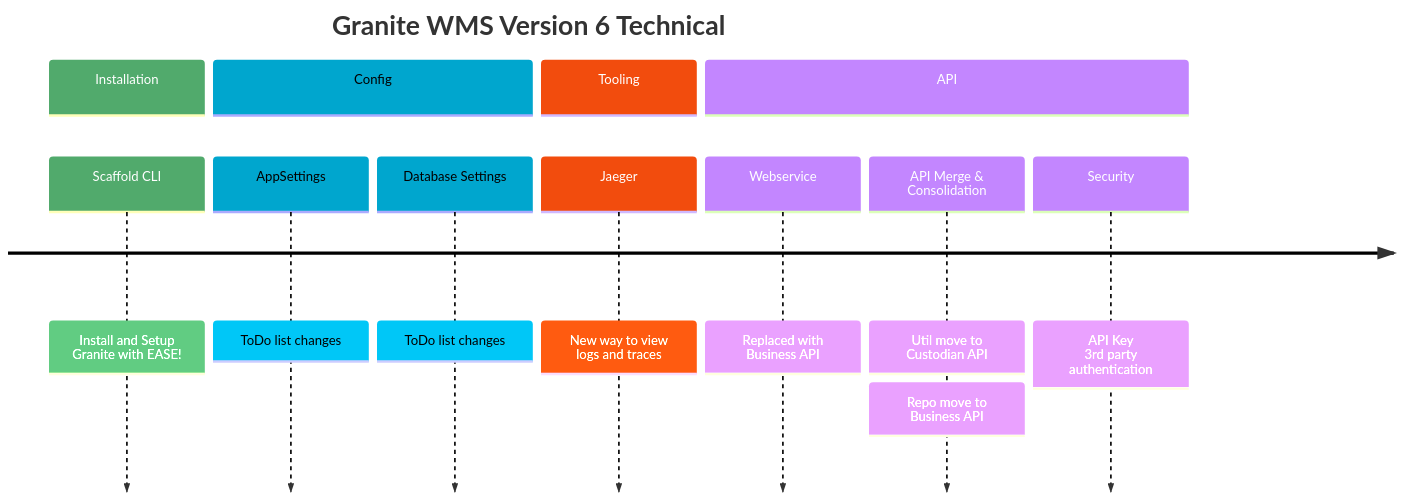
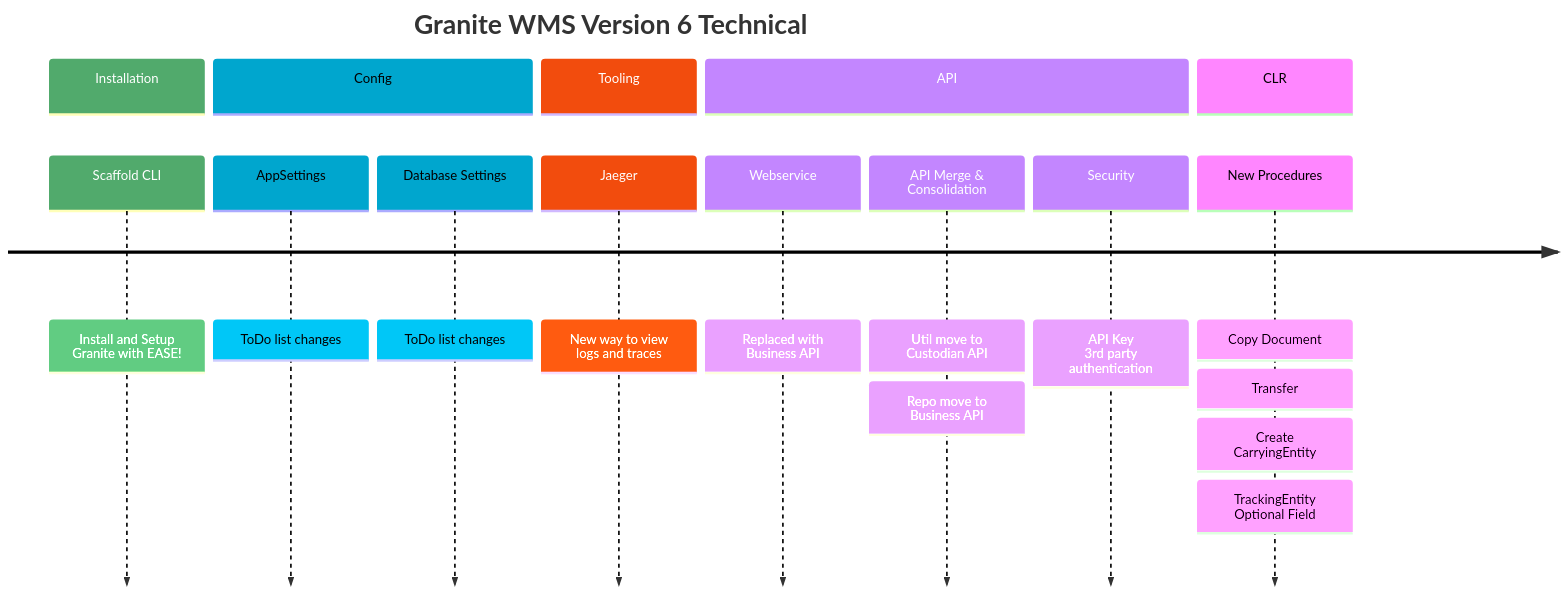
The third of 3 diagrams in docs/updates/V6/cheatsheet.md (GraniteWMS/GraniteDocs), drawn with Mermaid before and after one commit.

Commit message:
maint: changes to cheat sheet

````diff
--- a/docs/updates/V6/cheatsheet.md
+++ b/docs/updates/V6/cheatsheet.md
@@ -68,31 +68,32 @@
 ```mermaid
 %%{init: { 'logLevel': 'debug', 'theme': 'default' , 'themeVariables': {
               'cScale0': '#51AA6C', 'cScaleLabel0': '#ffffff',
               'cScale1': '#00A6CE',
               'cScale2': '#F24C0D', 'cScaleLabel2': '#ffffff'
        } } }%%
     timeline
         title Granite WMS Version 6 Technical
 
         section Installation
           Scaffold CLI : Install and Setup Granite with EASE!
 
         section Config
           AppSettings : ToDo list changes
           Database Settings : ToDo list changes
 
 
         section Tooling
           Jaeger : New way to view logs and traces  
 
         section API
           Webservice : Replaced with Business API
           
           API Merge & Consolidation: Util move to Custodian API
           : Repo move to Business API
 
           Security : API Key <br> 3rd party authentication 
-        
+         section CLR
+            New Procedures: Copy Document: Transfer: Create CarryingEntity: TrackingEntity Optional Field
        
             
 ```
````
